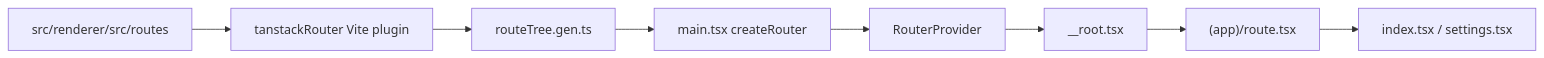
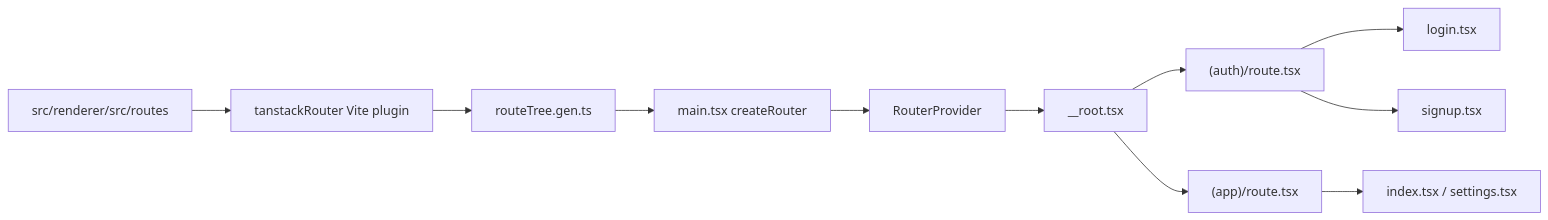
One commit to AchuAshwath/electron-react-starter-kit changed the diagram in docs/tanstack-router.md. Above: the diagram before and after it, drawn with Mermaid. The commit also changed other lines of this file and 31 other files, not shown here.

````diff
--- a/docs/tanstack-router.md
+++ b/docs/tanstack-router.md
@@ -7,10 +7,13 @@
 ```mermaid
 flowchart LR
 	Files["src/renderer/src/routes"] --> Plugin["tanstackRouter Vite plugin"]
 	Plugin --> Tree["routeTree.gen.ts"]
 	Tree --> Main["main.tsx createRouter"]
 	Main --> Provider["RouterProvider"]
 	Provider --> Root["__root.tsx"]
+	Root --> Auth["(auth)/route.tsx"]
 	Root --> App["(app)/route.tsx"]
+	Auth --> Login["login.tsx"]
+	Auth --> Signup["signup.tsx"]
 	App --> Pages["index.tsx / settings.tsx"]
 ```
````
